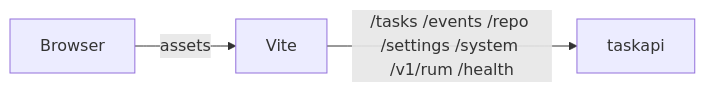
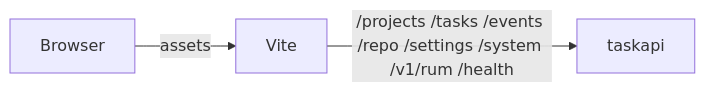
The second of 3 diagrams in docs/WEB.md (AlexsanderHamir/T2A), drawn with Mermaid before and after one commit. The commit also changed other lines of this file and 15 other files, not shown here.

````diff
--- a/docs/WEB.md
+++ b/docs/WEB.md
@@ -67,8 +67,8 @@
 ```mermaid
 flowchart LR
   B[Browser]
   V[Vite]
   T[taskapi]
   B -->|assets| V
-  V -->|/tasks /events /repo /settings /system /v1/rum /health| T
+  V -->|/projects /tasks /events /repo /settings /system /v1/rum /health| T
 ```
````
